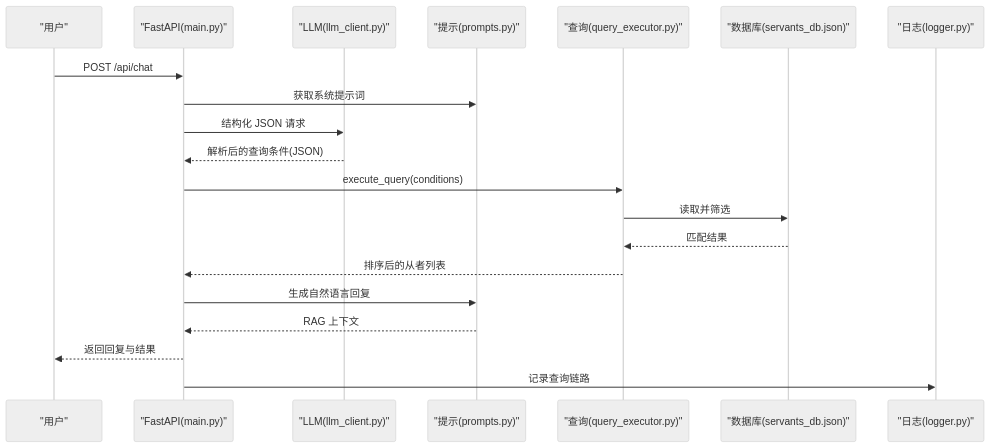
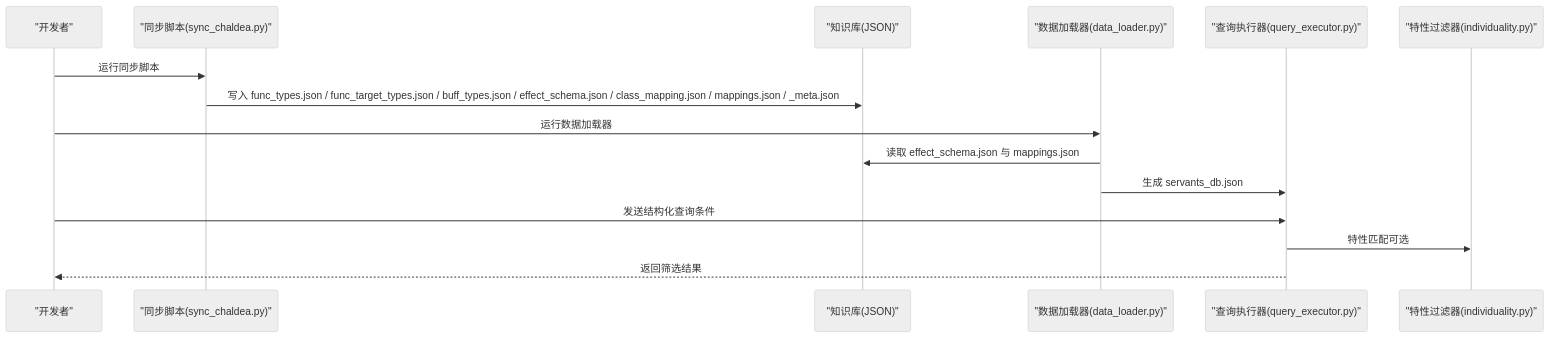
One commit to kanoha222/Laplace changed the second of 8 diagrams in .qoder/repowiki/zh/content/知识库系统/知识库系统.md. Above: the diagram before and after it, drawn with Mermaid (neutral theme). The commit also changed other lines of this file and 54 other files, not shown here.

````diff
--- a/.qoder/repowiki/zh/content/知识库系统/知识库系统.md
+++ b/.qoder/repowiki/zh/content/知识库系统/知识库系统.md
@@ -133,22 +131,17 @@
 ```mermaid
 sequenceDiagram
-participant U as "用户"
-participant API as "FastAPI(main.py)"
-participant LLM as "LLM(llm_client.py)"
-participant PR as "提示(prompts.py)"
-participant EX as "查询(query_executor.py)"
-participant DB as "数据库(servants_db.json)"
-participant LOG as "日志(logger.py)"
-U->>API : POST /api/chat
-API->>PR : 获取系统提示词
-API->>LLM : 结构化 JSON 请求
-LLM-->>API : 解析后的查询条件(JSON)
-API->>EX : execute_query(conditions)
-EX->>DB : 读取并筛选
-DB-->>EX : 匹配结果
-EX-->>API : 排序后的从者列表
-API->>PR : 生成自然语言回复
-PR-->>API : RAG 上下文
-API-->>U : 返回回复与结果
-API->>LOG : 记录查询链路
+participant Dev as "开发者"
+participant Sync as "同步脚本(sync_chaldea.py)"
+participant KD as "知识库(JSON)"
+participant DL as "数据加载器(data_loader.py)"
+participant QE as "查询执行器(query_executor.py)"
+participant IA as "特性过滤器(individuality.py)"
+Dev->>Sync : 运行同步脚本
+Sync->>KD : 写入 func_types.json / func_target_types.json / buff_types.json / effect_schema.json / class_mapping.json / mappings.json / _meta.json
+Dev->>DL : 运行数据加载器
+DL->>KD : 读取 effect_schema.json 与 mappings.json
+DL->>QE : 生成 servants_db.json
+Dev->>QE : 发送结构化查询条件
+QE->>IA : 特性匹配可选
+QE-->>Dev : 返回筛选结果
 ```
````
